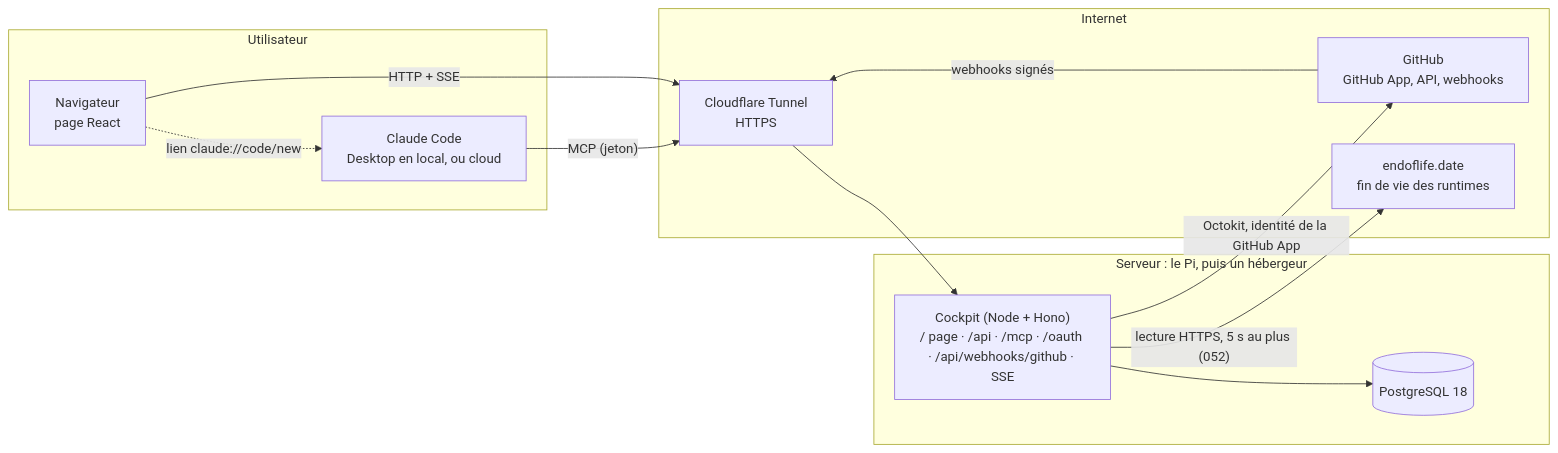
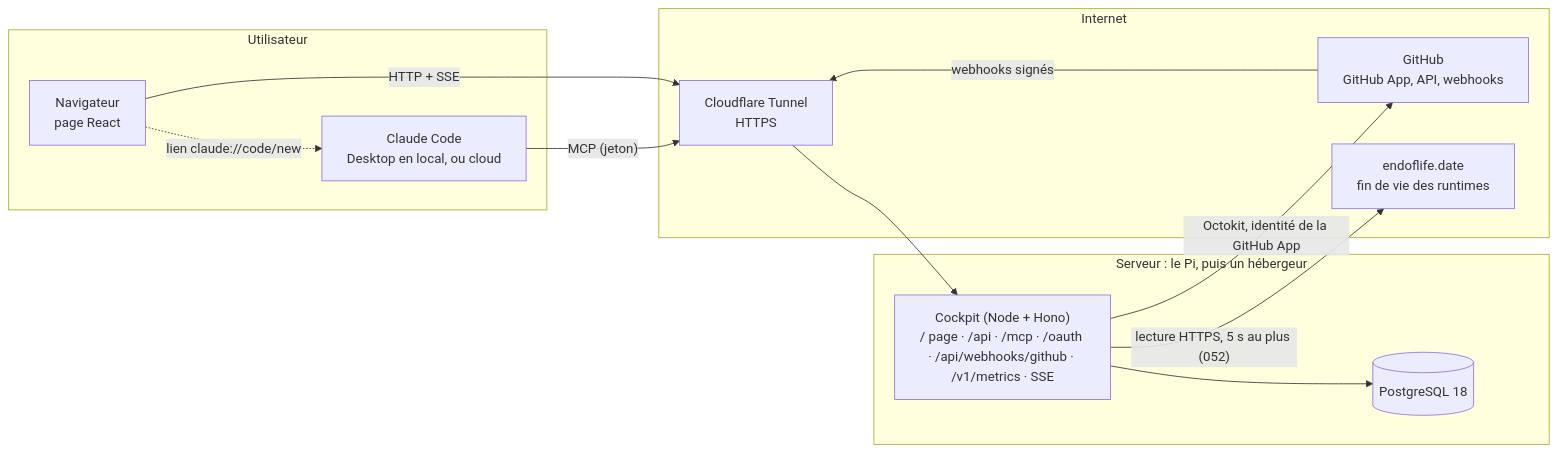
Before and after one commit to vidal-dorian/Cockpit-v2: the diagram in docs/architecture.md, drawn with Mermaid. The commit also changed other lines of this file and 4 other files, not shown here.

````diff
--- a/docs/architecture.md
+++ b/docs/architecture.md
@@ -11,24 +11,24 @@
 ```mermaid
 flowchart LR
     subgraph Utilisateur
         B["Navigateur<br/>page React"]
         CC["Claude Code<br/>Desktop en local, ou cloud"]
     end
     subgraph Internet
         CF["Cloudflare Tunnel<br/>HTTPS"]
         GH["GitHub<br/>GitHub App, API, webhooks"]
         EOL["endoflife.date<br/>fin de vie des runtimes"]
     end
     subgraph Serveur["Serveur : le Pi, puis un hébergeur"]
-        S["Cockpit (Node + Hono)<br/>/ page · /api · /mcp · /oauth · /api/webhooks/github · SSE"]
+        S["Cockpit (Node + Hono)<br/>/ page · /api · /mcp · /oauth · /api/webhooks/github · /v1/metrics · SSE"]
         PG[("PostgreSQL 18")]
     end
     B -- "HTTP + SSE" --> CF
     CC -- "MCP (jeton)" --> CF
     GH -- "webhooks signés" --> CF
     CF --> S
     S --> PG
     S -- "Octokit, identité de la GitHub App" --> GH
     S -- "lecture HTTPS, 5 s au plus (052)" --> EOL
     B -. "lien claude://code/new" .-> CC
 ```
````
